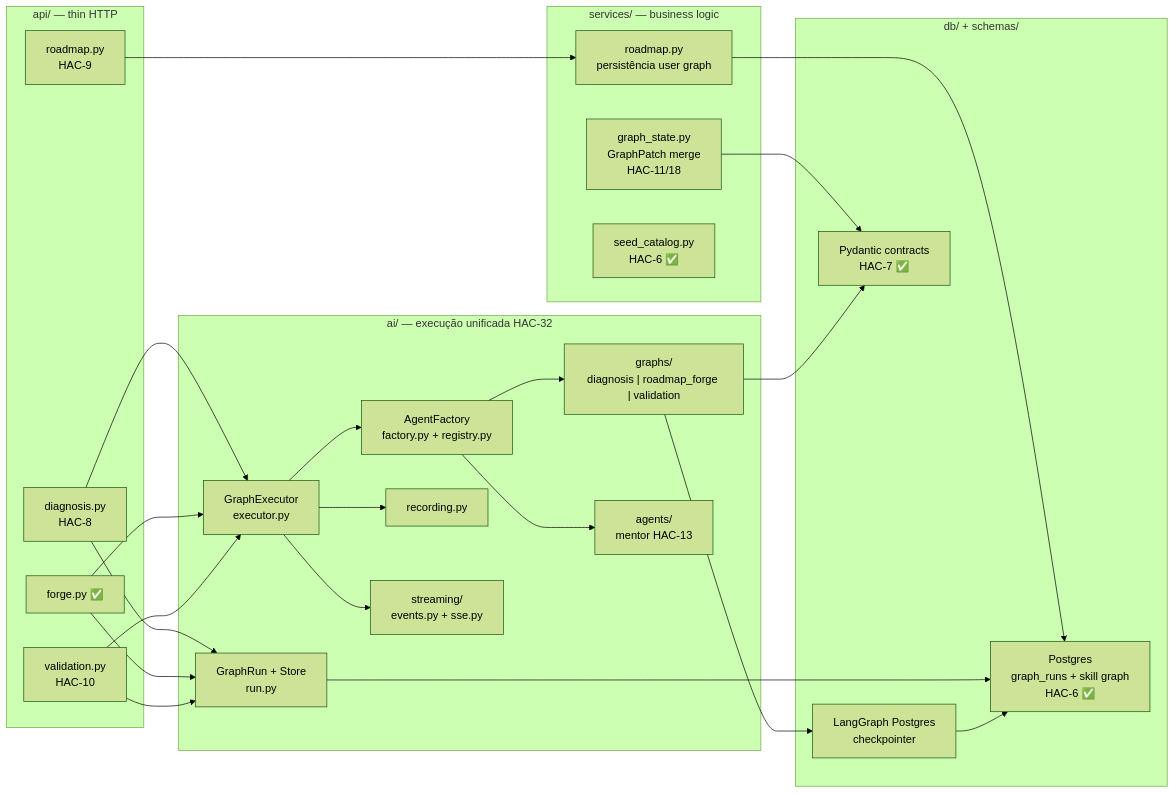
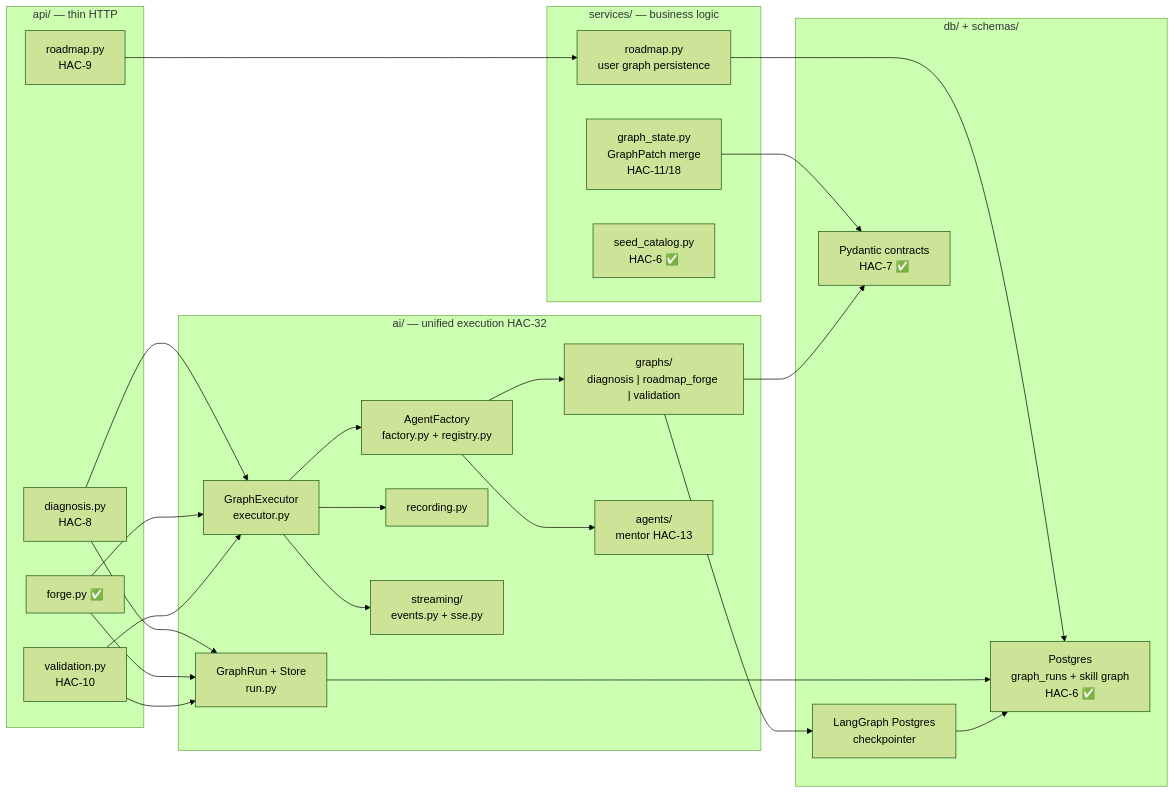
The second of 3 diagrams in docs/engineering/EXECUTION-FLOW.md (BorderlessCodingHub/career-forge-v2), drawn with Mermaid (forest theme) before and after one commit. The commit also changed other lines of this file and 24 other files, not shown here.

````diff
--- a/docs/engineering/EXECUTION-FLOW.md
+++ b/docs/engineering/EXECUTION-FLOW.md
@@ -77,45 +77,45 @@
 ```mermaid
 flowchart LR
     subgraph API["api/ — thin HTTP"]
         D["diagnosis.py<br/>HAC-8"]
         F["forge.py ✅"]
         R["roadmap.py<br/>HAC-9"]
         V["validation.py<br/>HAC-10"]
     end
 
     subgraph SVC["services/ — business logic"]
-        RS["roadmap.py<br/>persistência user graph"]
+        RS["roadmap.py<br/>user graph persistence"]
         GS["graph_state.py<br/>GraphPatch merge<br/>HAC-11/18"]
         SC["seed_catalog.py<br/>HAC-6 ✅"]
     end
 
-    subgraph AI["ai/ — execução unificada HAC-32"]
+    subgraph AI["ai/ — unified execution HAC-32"]
         GR["GraphRun + Store<br/>run.py"]
         EX["GraphExecutor<br/>executor.py"]
         AF["AgentFactory<br/>factory.py + registry.py"]
         REC["recording.py"]
         STR["streaming/<br/>events.py + sse.py"]
         G["graphs/<br/>diagnosis | roadmap_forge | validation"]
         A["agents/<br/>mentor HAC-13"]
     end
 
     subgraph DB["db/ + schemas/"]
         PG["Postgres<br/>graph_runs + skill graph<br/>HAC-6 ✅"]
         CP["LangGraph Postgres<br/>checkpointer"]
         PY["Pydantic contracts<br/>HAC-7 ✅"]
     end
 
     D & F & V --> GR
     D & F & V --> EX
     R --> RS
     RS --> PG
     GS --> PY
     EX --> AF
     AF --> G & A
     EX --> REC
     EX --> STR
     G --> PY
     G --> CP
     GR --> PG
     CP --> PG
 ```
````
